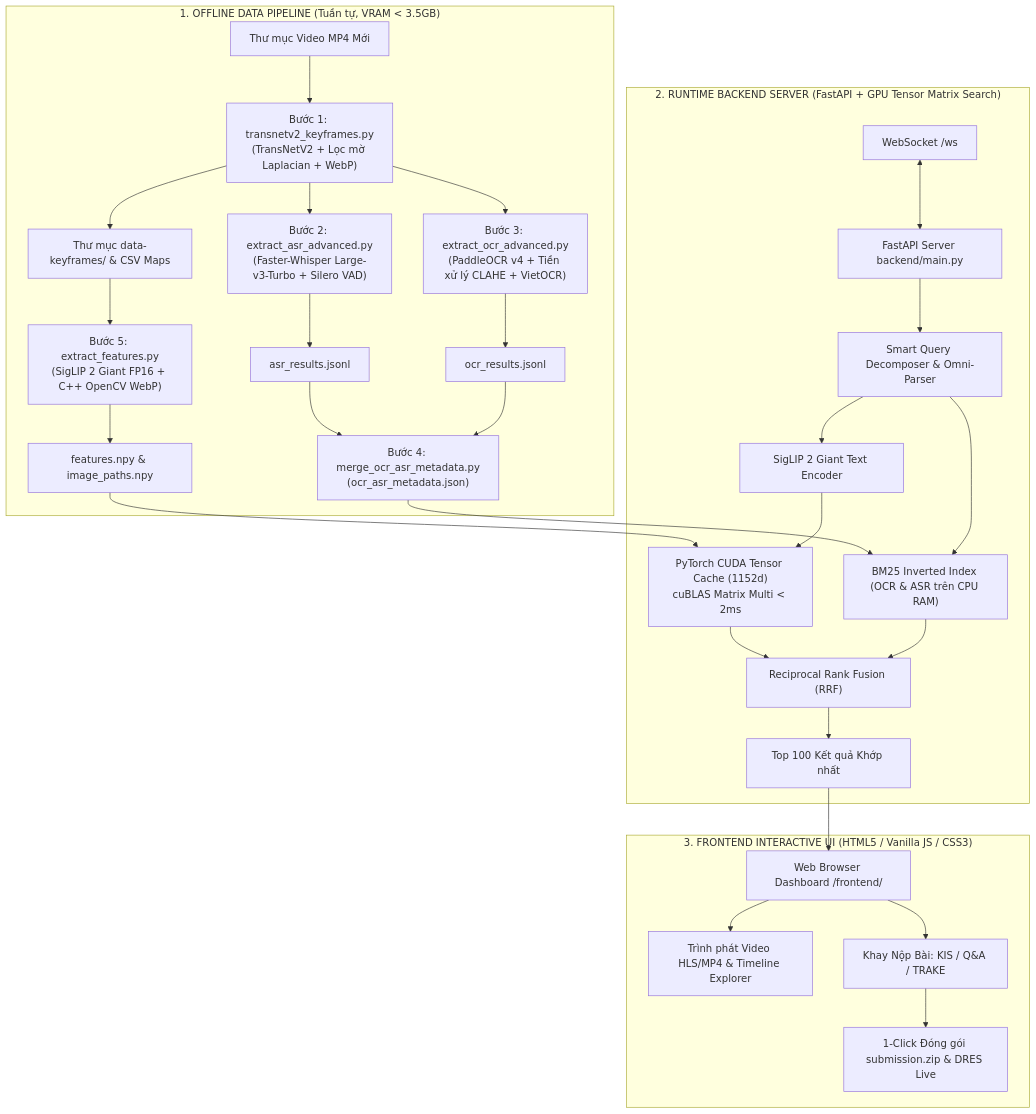
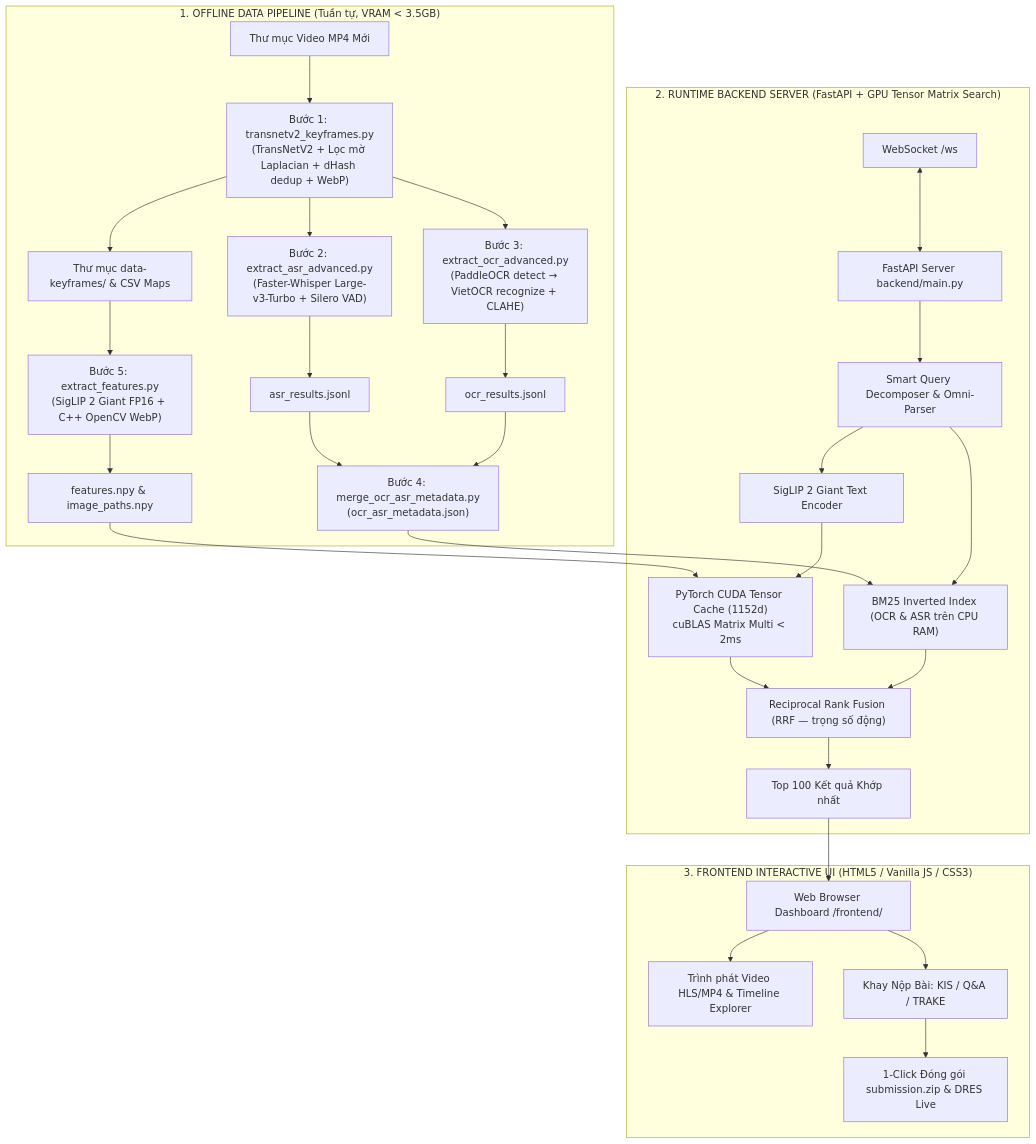
The diagram in README.md (nblong07/code-c-a-Long), drawn with Mermaid before and after one commit. The commit also changed other lines of this file and 10 other files, not shown here.

````diff
--- a/README.md
+++ b/README.md
@@ -21,34 +22,34 @@
 ```mermaid
 graph TD
     subgraph "1. OFFLINE DATA PIPELINE (Tuần tự, VRAM < 3.5GB)"
-        Raw_Videos[Thư mục Video MP4 Mới] --> Step1["Bước 1: transnetv2_keyframes.py<br/>(TransNetV2 + Lọc mờ Laplacian + WebP)"]
+        Raw_Videos[Thư mục Video MP4 Mới] --> Step1["Bước 1: transnetv2_keyframes.py<br/>(TransNetV2 + Lọc mờ Laplacian + dHash dedup + WebP)"]
         Step1 --> Keyframes["Thư mục data-keyframes/ & CSV Maps"]
         Step1 --> Step2["Bước 2: extract_asr_advanced.py<br/>(Faster-Whisper Large-v3-Turbo + Silero VAD)"]
-        Step1 --> Step3["Bước 3: extract_ocr_advanced.py<br/>(PaddleOCR v4 + Tiền xử lý CLAHE + VietOCR)"]
+        Step1 --> Step3["Bước 3: extract_ocr_advanced.py<br/>(PaddleOCR detect → VietOCR recognize + CLAHE)"]
         Step2 --> ASR_JSONL["asr_results.jsonl"]
         Step3 --> OCR_JSONL["ocr_results.jsonl"]
         ASR_JSONL & OCR_JSONL --> Step4["Bước 4: merge_ocr_asr_metadata.py<br/>(ocr_asr_metadata.json)"]
         Keyframes --> Step5["Bước 5: extract_features.py<br/>(SigLIP 2 Giant FP16 + C++ OpenCV WebP)"]
         Step5 --> Feats_NPY["features.npy & image_paths.npy"]
     end
 
     subgraph "2. RUNTIME BACKEND SERVER (FastAPI + GPU Tensor Matrix Search)"
         Feats_NPY --> GPU_Tensor["PyTorch CUDA Tensor Cache (1152d)<br/>cuBLAS Matrix Multi < 2ms"]
         Step4 --> BM25_Engine["BM25 Inverted Index (OCR & ASR trên CPU RAM)"]
         
         Client_WS[WebSocket /ws] <--> Main_FastAPI[FastAPI Server backend/main.py]
         Main_FastAPI --> Omni[Smart Query Decomposer & Omni-Parser]
         Omni --> SigLIP_Encoder[SigLIP 2 Giant Text Encoder]
         SigLIP_Encoder --> GPU_Tensor
         Omni --> BM25_Engine
-        GPU_Tensor & BM25_Engine --> RRF_Fusion["Reciprocal Rank Fusion (RRF)"]
+        GPU_Tensor & BM25_Engine --> RRF_Fusion["Reciprocal Rank Fusion (RRF — trọng số động)"]
         RRF_Fusion --> Ranked_Results[Top 100 Kết quả Khớp nhất]
     end
 
     subgraph "3. FRONTEND INTERACTIVE UI (HTML5 / Vanilla JS / CSS3)"
         Ranked_Results --> Web_UI[Web Browser Dashboard /frontend/]
         Web_UI --> Player[Trình phát Video HLS/MP4 & Timeline Explorer]
         Web_UI --> Tray[Khay Nộp Bài: KIS / Q&A / TRAKE]
         Tray --> Submission_Packer[1-Click Đóng gói submission.zip & DRES Live]
     end
 ```
````
